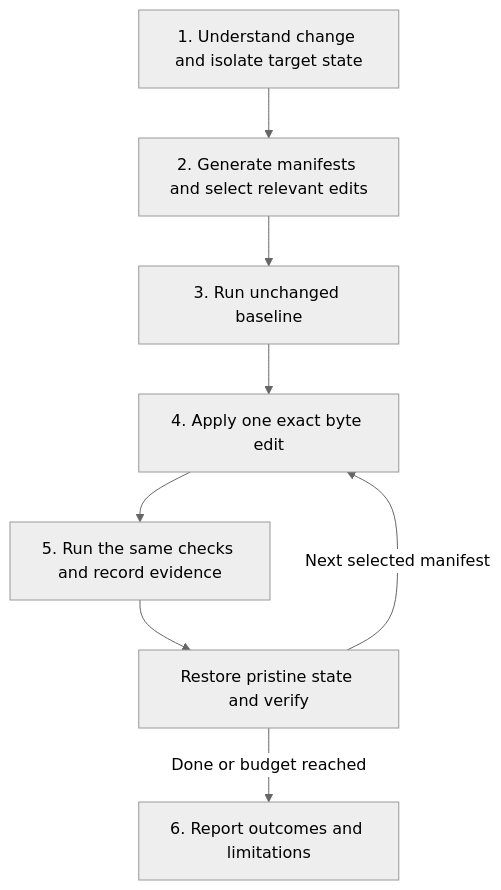
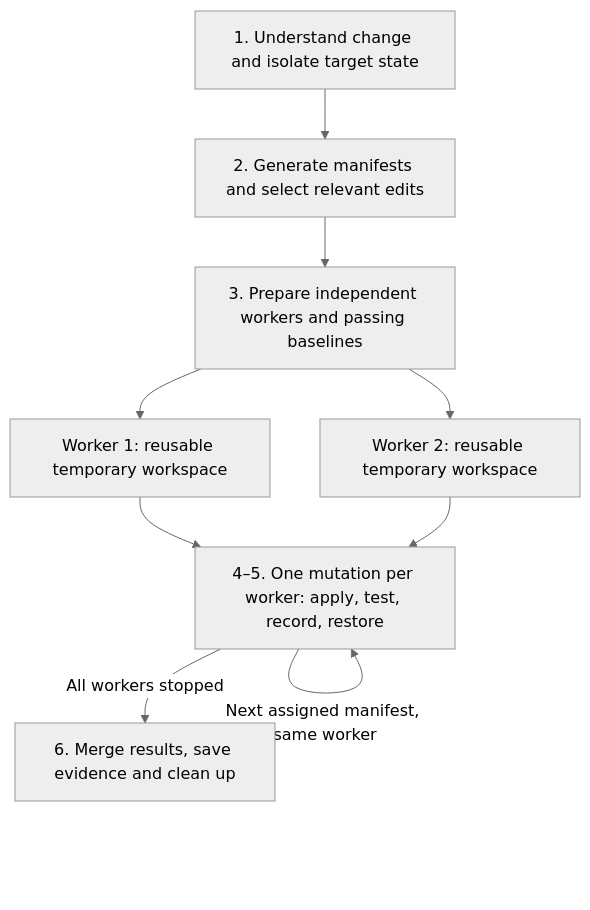
One commit to matato-labs/matato-skills changed the diagram in skills/atlas-mutation-test/SKILL.md. Above: the diagram before and after it, drawn with Mermaid (neutral theme). The commit also changed other lines of this file, not shown here.

Commit message:
Improve Atlas mutation skill workspace preparation and parallel validation

````diff
--- a/skills/atlas-mutation-test/SKILL.md
+++ b/skills/atlas-mutation-test/SKILL.md
@@ -22,10 +22,11 @@
 ```mermaid
 flowchart TD
     A["1. Understand change and isolate target state"] --> B["2. Generate manifests and select relevant edits"]
-    B --> C["3. Run unchanged baseline"]
-    C --> D["4. Apply one exact byte edit"]
-    D --> E["5. Run the same checks and record evidence"]
-    E --> F["Restore pristine state and verify"]
-    F -->|"Next selected manifest"| D
-    F -->|"Done or budget reached"| G["6. Report outcomes and limitations"]
+    B --> C["3. Prepare independent workers and passing baselines"]
+    C --> W1["Worker 1: reusable temporary workspace"]
+    C --> W2["Worker 2: reusable temporary workspace"]
+    W1 --> D["4–5. One mutation per worker: apply, test, record, restore"]
+    W2 --> D
+    D -->|"Next assigned manifest, same worker"| D
+    D -->|"All workers stopped"| G["6. Merge results, save evidence and clean up"]
 ```
````
